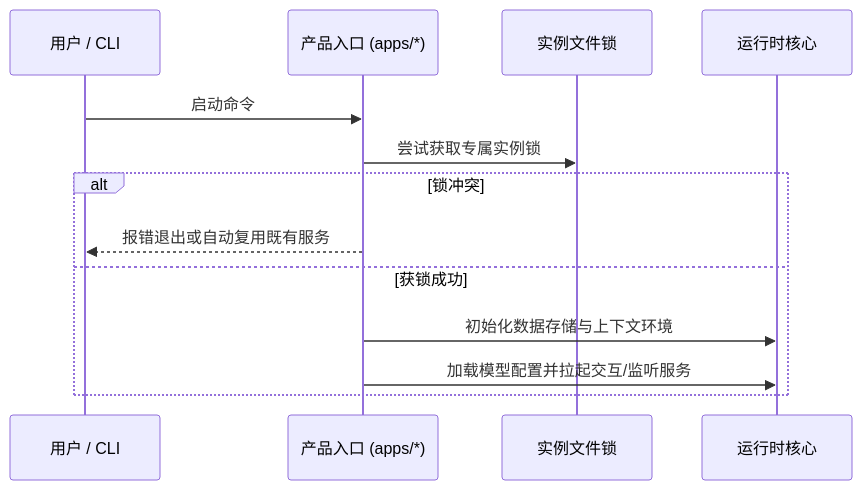
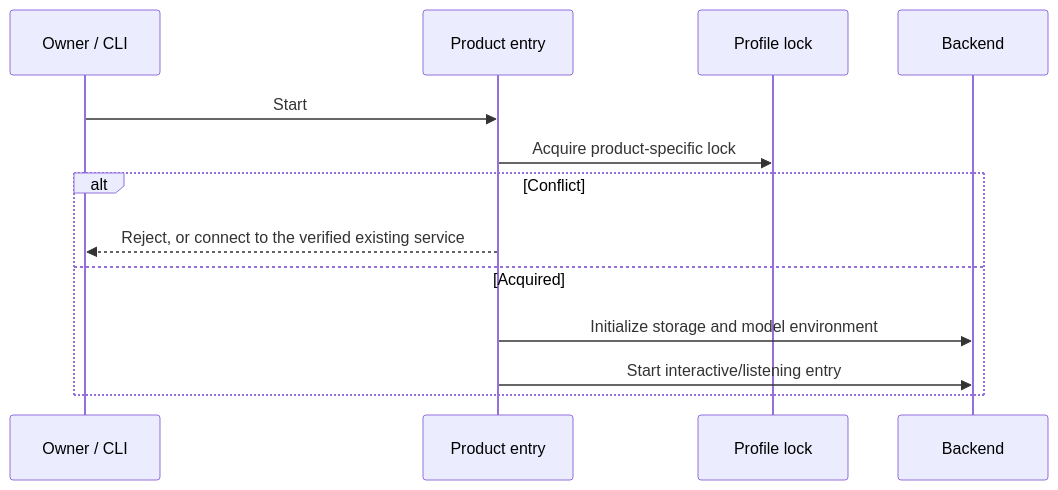
The diagram in docs/modules/products.md (num-lab/Ruukoto), drawn with Mermaid before and after one commit. The commit also changed other lines of this file and 3987 other files, not shown here.

````diff
--- a/docs/modules/products.md
+++ b/docs/modules/products.md
@@ -55,16 +37,15 @@
 ```mermaid
 sequenceDiagram
-  participant User as 用户 / CLI
-  participant App as 产品入口 (apps/*)
-  participant Lock as 实例文件锁
-  participant Backend as 运行时核心
-
-  User->>App: 启动命令
-  App->>Lock: 尝试获取专属实例锁
-  alt 锁冲突
-    App-->>User: 报错退出或自动复用既有服务
-  else 获锁成功
-    App->>Backend: 初始化数据存储与上下文环境
-    App->>Backend: 加载模型配置并拉起交互/监听服务
+  participant Owner as Owner / CLI
+  participant App as Product entry
+  participant Lock as Profile lock
+  participant Backend
+  Owner->>App: Start
+  App->>Lock: Acquire product-specific lock
+  alt Conflict
+    App-->>Owner: Reject, or connect to the verified existing service
+  else Acquired
+    App->>Backend: Initialize storage and model environment
+    App->>Backend: Start interactive/listening entry
   end
 ```
````
